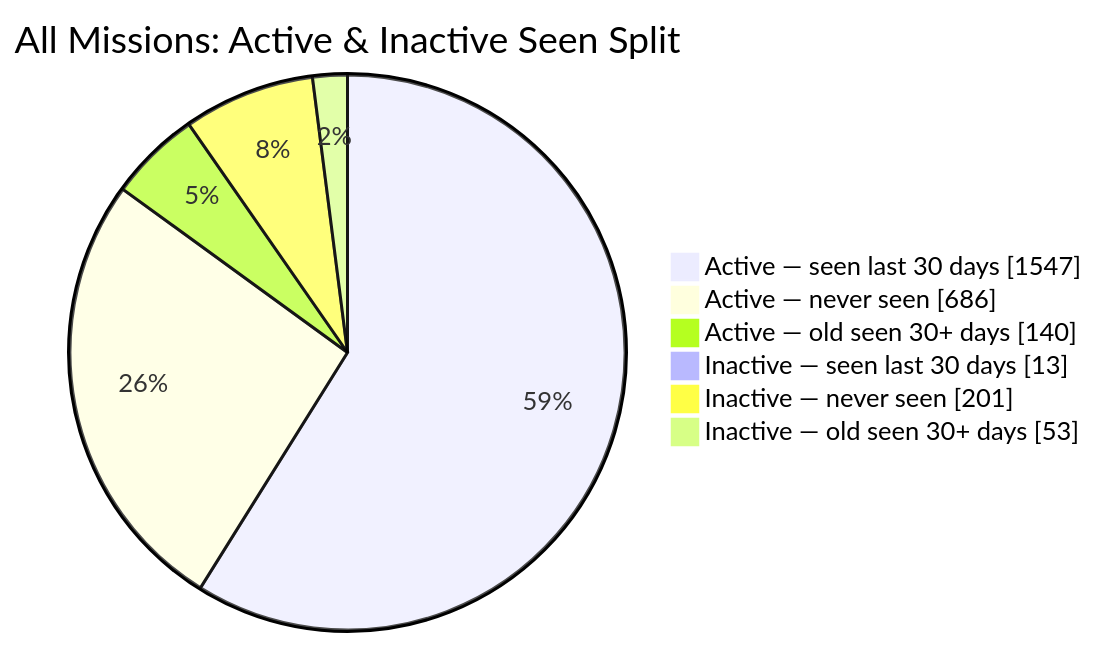
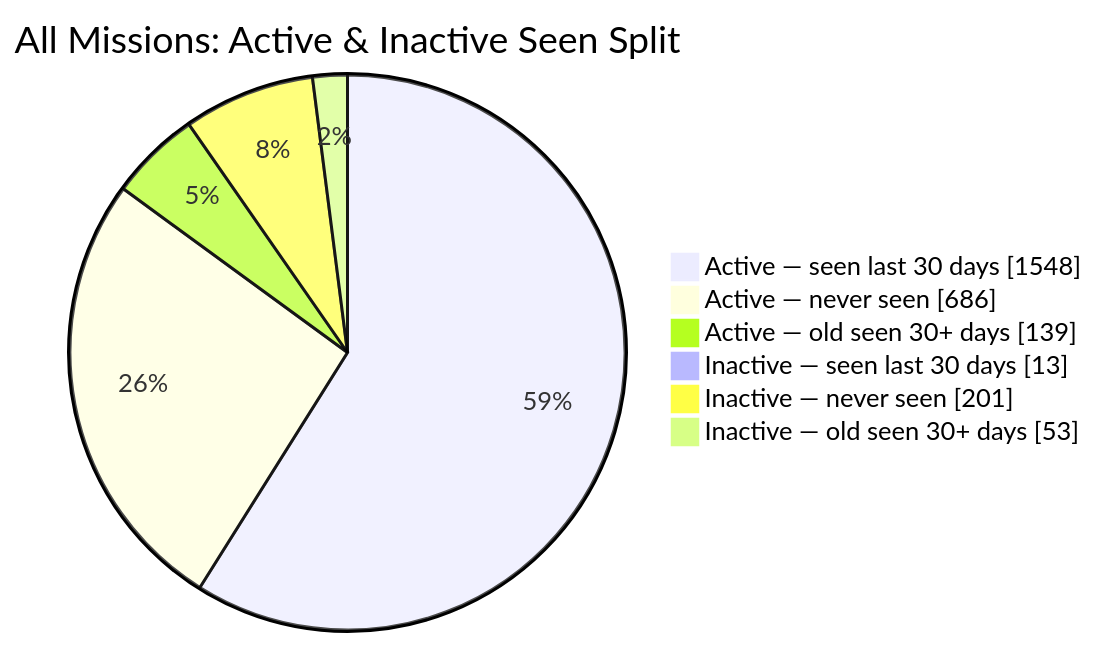
Before and after one commit to MeldkamerspelGameTeam/active-missions: the second of 2 diagrams in README.md, drawn with Mermaid. The commit also changed other lines of this file and 2 other files, not shown here.

````diff
--- a/README.md
+++ b/README.md
@@ -44,10 +44,10 @@
 ```mermaid
 pie showData
     title All Missions: Active & Inactive Seen Split
-    "Active — seen last 30 days" : 1547
+    "Active — seen last 30 days" : 1548
     "Active — never seen" : 686
-    "Active — old seen 30+ days" : 140
+    "Active — old seen 30+ days" : 139
     "Inactive — seen last 30 days" : 13
     "Inactive — never seen" : 201
     "Inactive — old seen 30+ days" : 53
 ```
````
